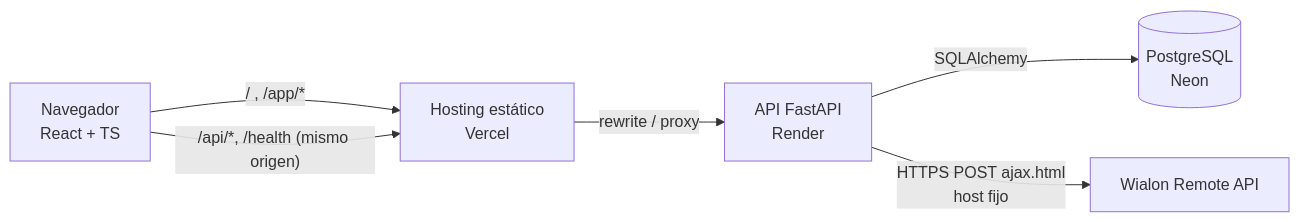
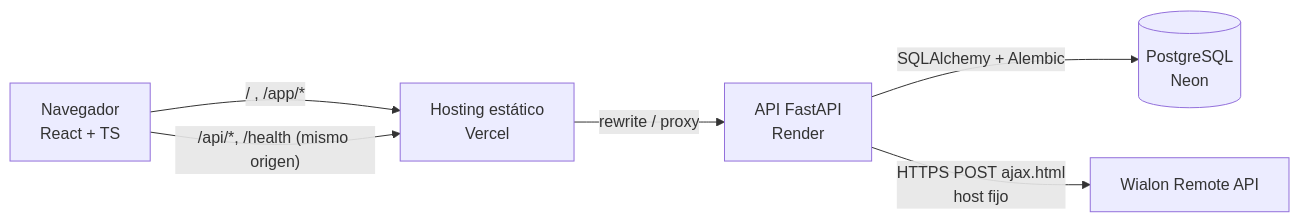
The first of 3 diagrams in README.md (JuanaGonzalez21/gps-comercial), drawn with Mermaid before and after one commit. The commit also changed other lines of this file, not shown here.

Commit message:
docs: complete README with architecture, security, design and limitations

````diff
--- a/README.md
+++ b/README.md
@@ -72,8 +92,8 @@
 ```mermaid
 flowchart LR
   B[Navegador<br/>React + TS] -->|"/ , /app/*"| F[Hosting estático<br/>Vercel]
   B -->|"/api/*, /health (mismo origen)"| F
   F -->|rewrite / proxy| A[API FastAPI<br/>Render]
-  A -->|SQLAlchemy| D[(PostgreSQL<br/>Neon)]
+  A -->|SQLAlchemy + Alembic| D[(PostgreSQL<br/>Neon)]
   A -->|HTTPS POST ajax.html<br/>host fijo| W[Wialon Remote API]
 ```
````
